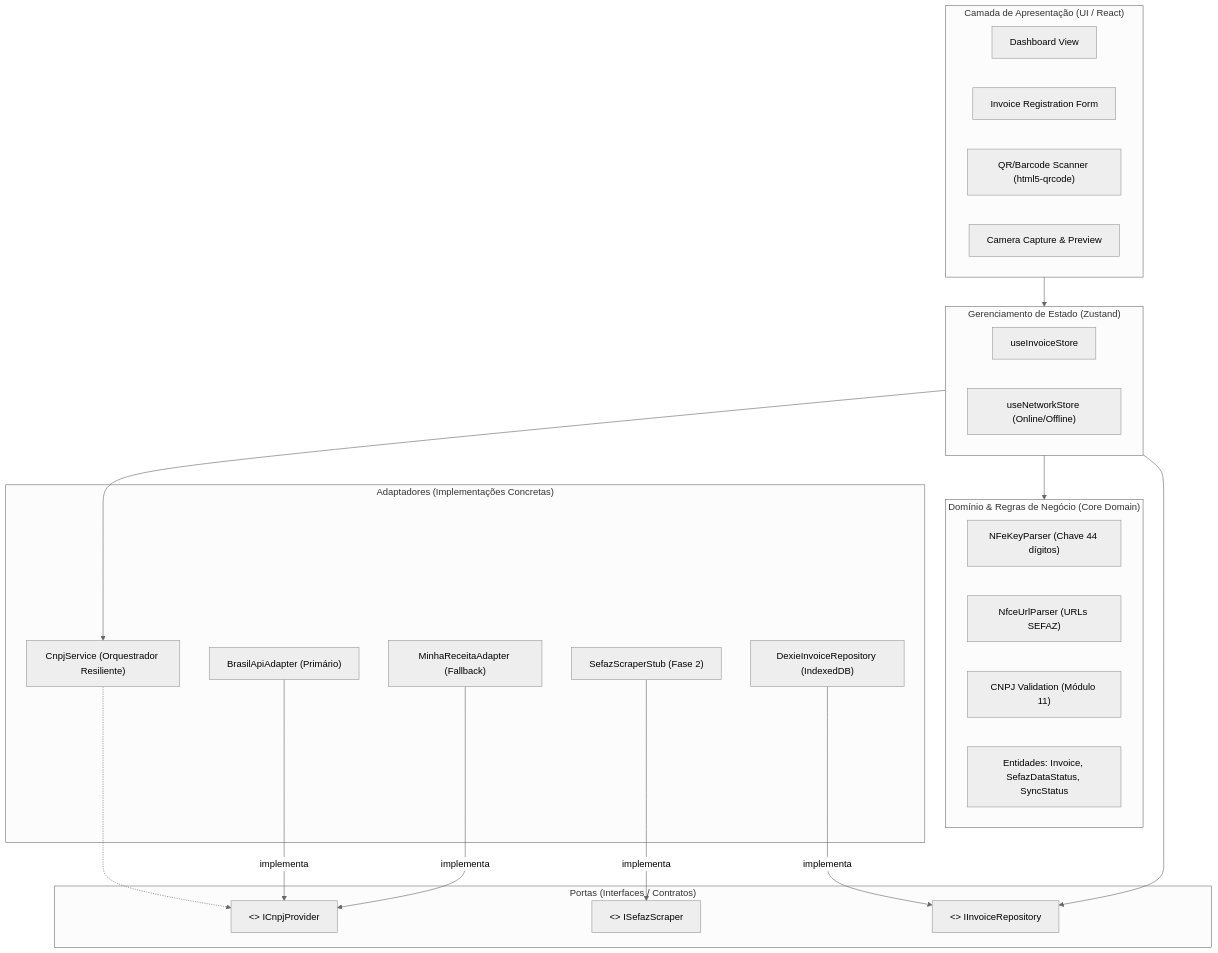
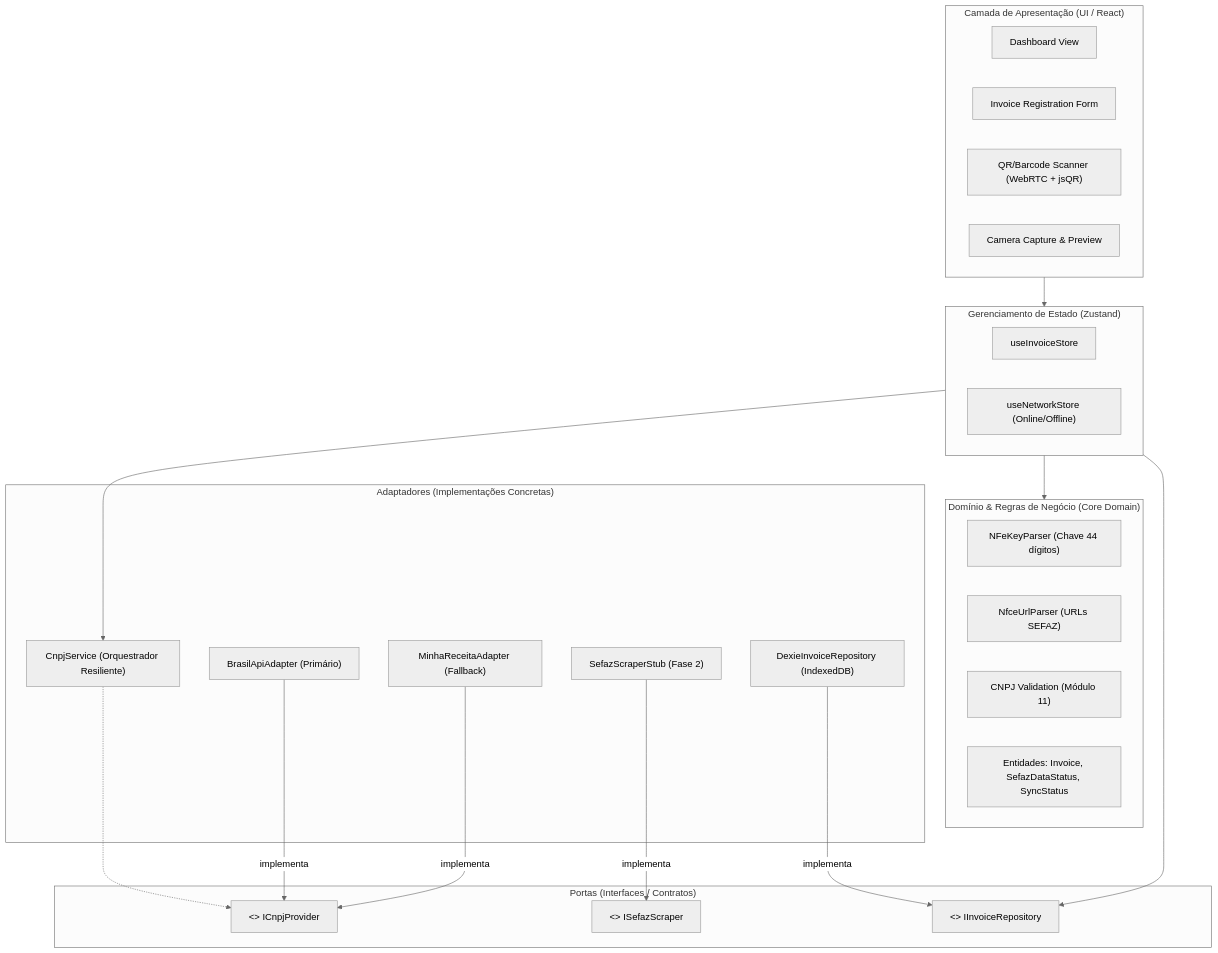
One commit to carloshatus/church-manager changed the diagram in README.md. Above: the diagram before and after it, drawn with Mermaid (neutral theme). The commit also changed other lines of this file and 8 other files, not shown here.

Commit message:
chore: remover dependencia html5-qrcode e atualizar documentacao

````diff
--- a/README.md
+++ b/README.md
@@ -66,45 +66,45 @@
 ```mermaid
 graph TD
     subgraph UI ["Camada de Apresentação (UI / React)"]
         Dashboard["Dashboard View"]
         RegForm["Invoice Registration Form"]
-        Scanner["QR/Barcode Scanner (html5-qrcode)"]
+        Scanner["QR/Barcode Scanner (WebRTC + jsQR)"]
         PhotoCapture["Camera Capture & Preview"]
     end
 
     subgraph State ["Gerenciamento de Estado (Zustand)"]
         InvoiceStore["useInvoiceStore"]
         NetworkStore["useNetworkStore (Online/Offline)"]
     end
 
     subgraph Core ["Domínio & Regras de Negócio (Core Domain)"]
         KeyParser["NFeKeyParser (Chave 44 dígitos)"]
         UrlParser["NfceUrlParser (URLs SEFAZ)"]
         CnpjValidator["CNPJ Validation (Módulo 11)"]
         Models["Entidades: Invoice, SefazDataStatus, SyncStatus"]
     end
 
     subgraph Ports ["Portas (Interfaces / Contratos)"]
         ICnpjProvider["<<interface>> ICnpjProvider"]
         ISefazScraper["<<interface>> ISefazScraper"]
         IInvoiceRepository["<<interface>> IInvoiceRepository"]
     end
 
     subgraph Adapters ["Adaptadores (Implementações Concretas)"]
         BrasilApi["BrasilApiAdapter (Primário)"]
         MinhaReceita["MinhaReceitaAdapter (Fallback)"]
         CnpjService["CnpjService (Orquestrador Resiliente)"]
         DexieRepo["DexieInvoiceRepository (IndexedDB)"]
         SefazStub["SefazScraperStub (Fase 2)"]
     end
 
     UI --> State
     State --> Core
     State --> CnpjService
     State --> IInvoiceRepository
     CnpjService -.-> ICnpjProvider
     BrasilApi -- implementa --> ICnpjProvider
     MinhaReceita -- implementa --> ICnpjProvider
     DexieRepo -- implementa --> IInvoiceRepository
     SefazStub -- implementa --> ISefazScraper
 ```
````
